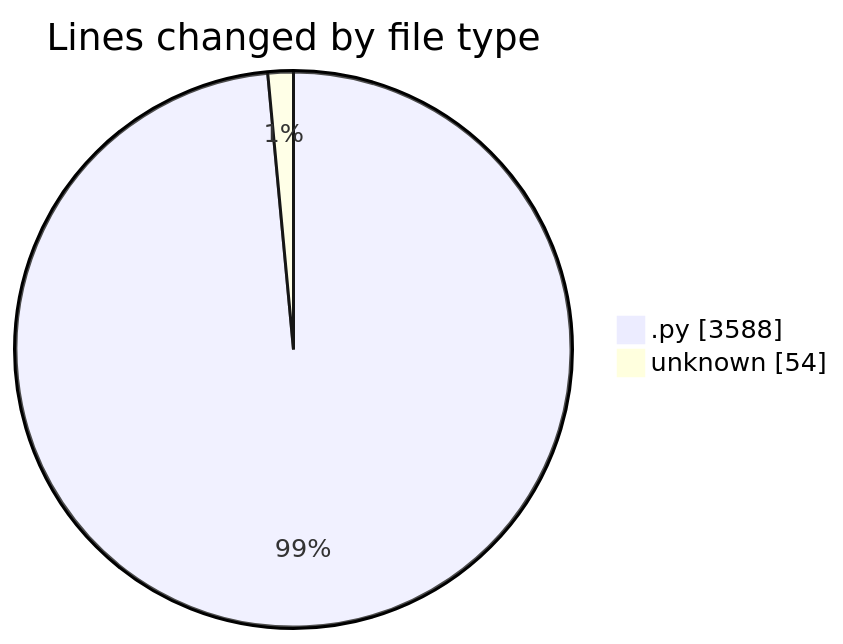
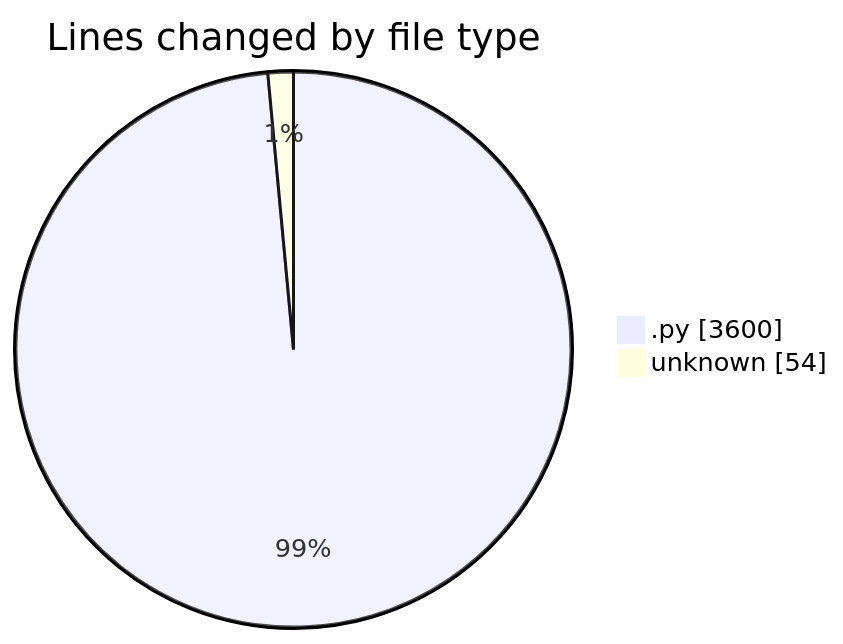
The first of 2 diagrams in 2025-11-21/eventscop-api-guide__workspace_/README.md (julien-gomy/code-tracking), drawn with Mermaid before and after one commit. The commit also changed other lines of this file and 1 other file, not shown here.

````diff
--- a/2025-11-21/eventscop-api-guide__workspace_/README.md
+++ b/2025-11-21/eventscop-api-guide__workspace_/README.md
@@ -38,6 +38,6 @@
 ```mermaid
 pie showData
 title Lines changed by file type
-".py" : 3588
+".py" : 3600
 "unknown" : 54
 ```
````
